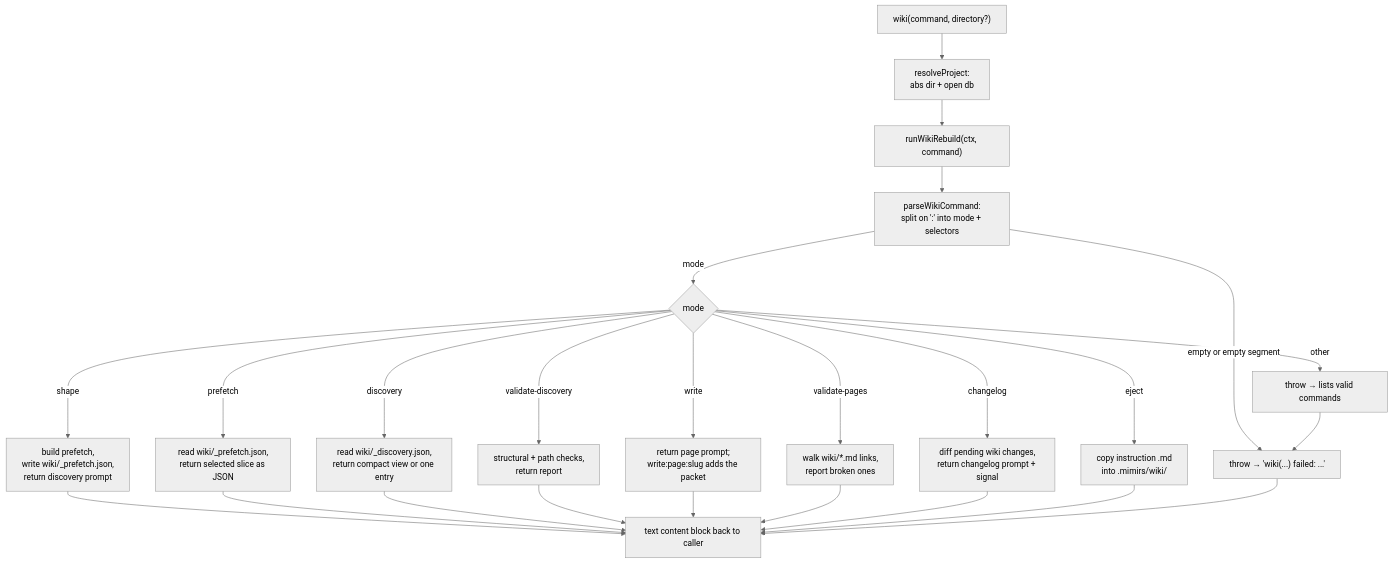
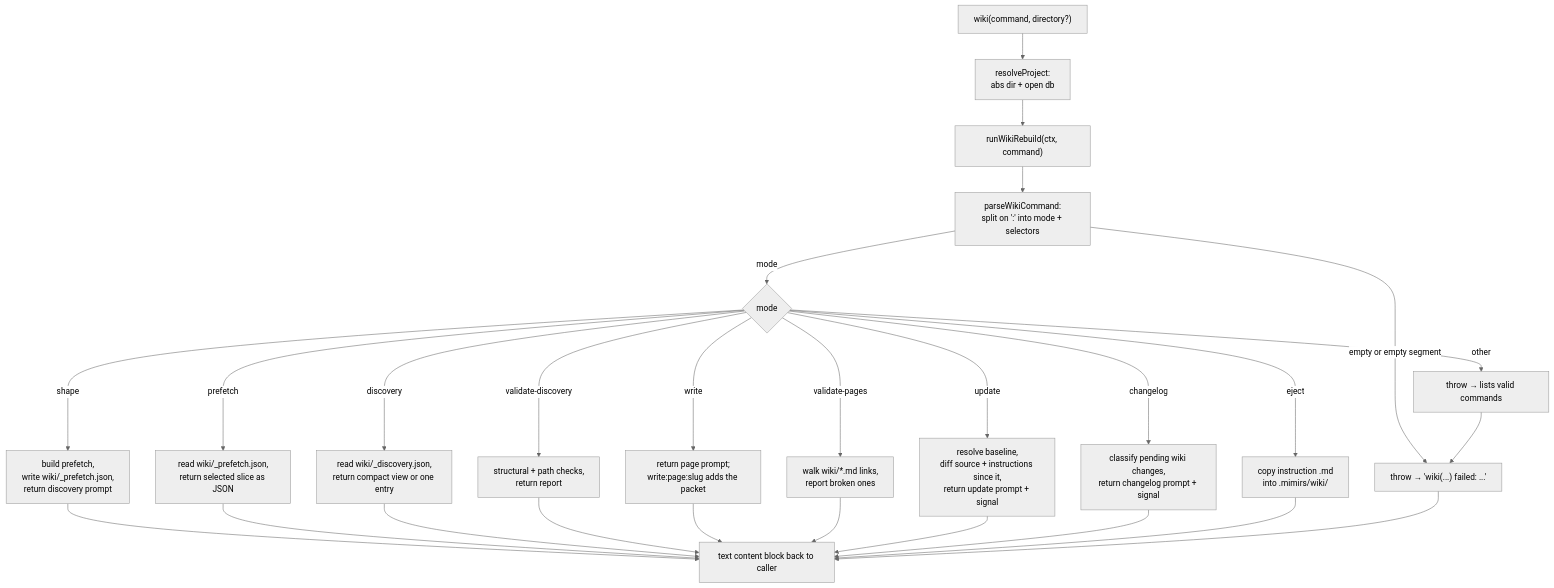
The diagram in wiki/tools/wiki.md (TheWinci/mimirs), drawn with Mermaid (neutral theme) before and after one commit. The commit also changed other lines of this file and 1 other file, not shown here.

First line of the commit message:
docs: refresh wiki tool page for update command

````diff
--- a/wiki/tools/wiki.md
+++ b/wiki/tools/wiki.md
@@ -20,29 +20,31 @@
 ```mermaid
 flowchart TD
   callIn["wiki(command, directory?)"] --> resolveStep["resolveProject:<br>abs dir + open db"]
   resolveStep --> runStep["runWikiRebuild(ctx, command)"]
   runStep --> parseStep["parseWikiCommand:<br>split on ':' into mode + selectors"]
   parseStep -->|empty or empty segment| failNode["throw → 'wiki(...) failed: ...'"]
   parseStep -->|mode| dispatch{"mode"}
 
   dispatch -->|shape| shapeNode["build prefetch,<br>write wiki/_prefetch.json,<br>return discovery prompt"]
   dispatch -->|prefetch| prefetchNode["read wiki/_prefetch.json,<br>return selected slice as JSON"]
   dispatch -->|discovery| discoveryNode["read wiki/_discovery.json,<br>return compact view or one entry"]
   dispatch -->|validate-discovery| vdNode["structural + path checks,<br>return report"]
   dispatch -->|write| writeNode["return page prompt;<br>write:page:slug adds the packet"]
   dispatch -->|validate-pages| vpNode["walk wiki/*.md links,<br>report broken ones"]
-  dispatch -->|changelog| changelogNode["diff pending wiki changes,<br>return changelog prompt + signal"]
+  dispatch -->|update| updateNode["resolve baseline,<br>diff source + instructions since it,<br>return update prompt + signal"]
+  dispatch -->|changelog| changelogNode["classify pending wiki changes,<br>return changelog prompt + signal"]
   dispatch -->|eject| ejectNode["copy instruction .md<br>into .mimirs/wiki/"]
   dispatch -->|other| unknownNode["throw → lists valid commands"]
 
   shapeNode --> textOut["text content block back to caller"]
   prefetchNode --> textOut
   discoveryNode --> textOut
   vdNode --> textOut
   writeNode --> textOut
   vpNode --> textOut
+  updateNode --> textOut
   changelogNode --> textOut
   ejectNode --> textOut
   unknownNode --> failNode
   failNode --> textOut
 ```
````
